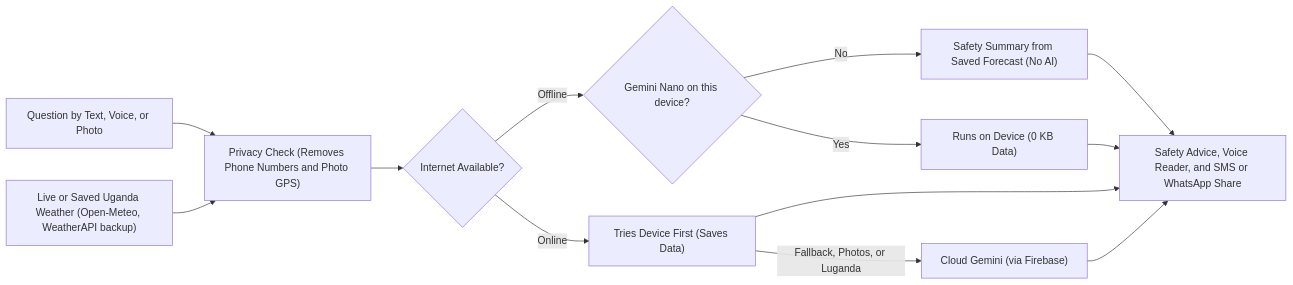
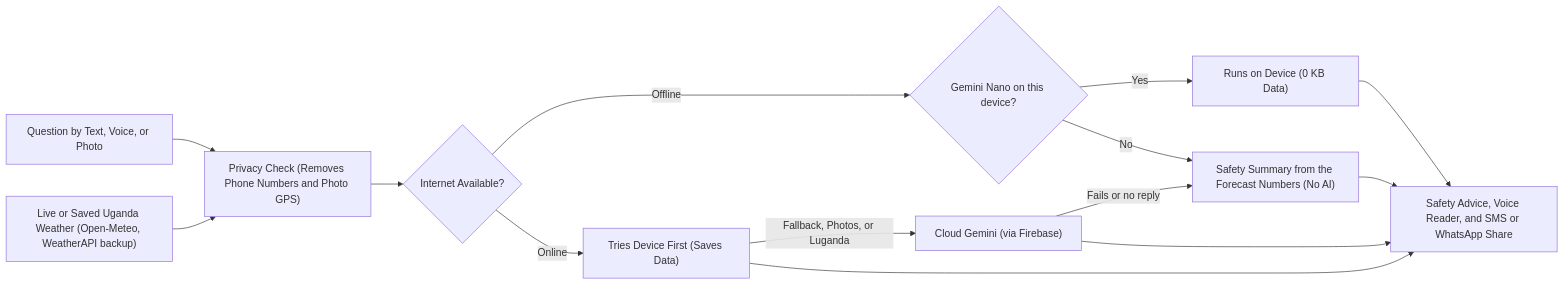
Before and after one commit to MarkDanielsMCraft/Uganda-Weather-Hybrid: the diagram in README.md, drawn with Mermaid. The commit also changed other lines of this file and 1 other file, not shown here.

Commit message:
Show the cloud failure path in the README diagram and changelog

````diff
--- a/README.md
+++ b/README.md
@@ -53,15 +53,16 @@
 ```mermaid
 flowchart LR
   User["Question by Text, Voice, or Photo"] --> Clean["Privacy Check (Removes Phone Numbers and Photo GPS)"]
   Weather["Live or Saved Uganda Weather (Open-Meteo, WeatherAPI backup)"] --> Clean
   Clean --> Router{"Internet Available?"}
   Router -->|"Offline"| HasNano{"Gemini Nano on this device?"}
   HasNano -->|"Yes"| PhoneOnly["Runs on Device (0 KB Data)"]
-  HasNano -->|"No"| Saved["Safety Summary from Saved Forecast (No AI)"]
+  HasNano -->|"No"| Saved["Safety Summary from the Forecast Numbers (No AI)"]
   Saved --> Reply
   Router -->|"Online"| PhoneFirst["Tries Device First (Saves Data)"]
   PhoneFirst -->|"Fallback, Photos, or Luganda"| Cloud["Cloud Gemini (via Firebase)"]
+  Cloud -->|"Fails or no reply"| Saved
   PhoneOnly --> Reply["Safety Advice, Voice Reader, and SMS or WhatsApp Share"]
   PhoneFirst --> Reply
   Cloud --> Reply
 ```
````
